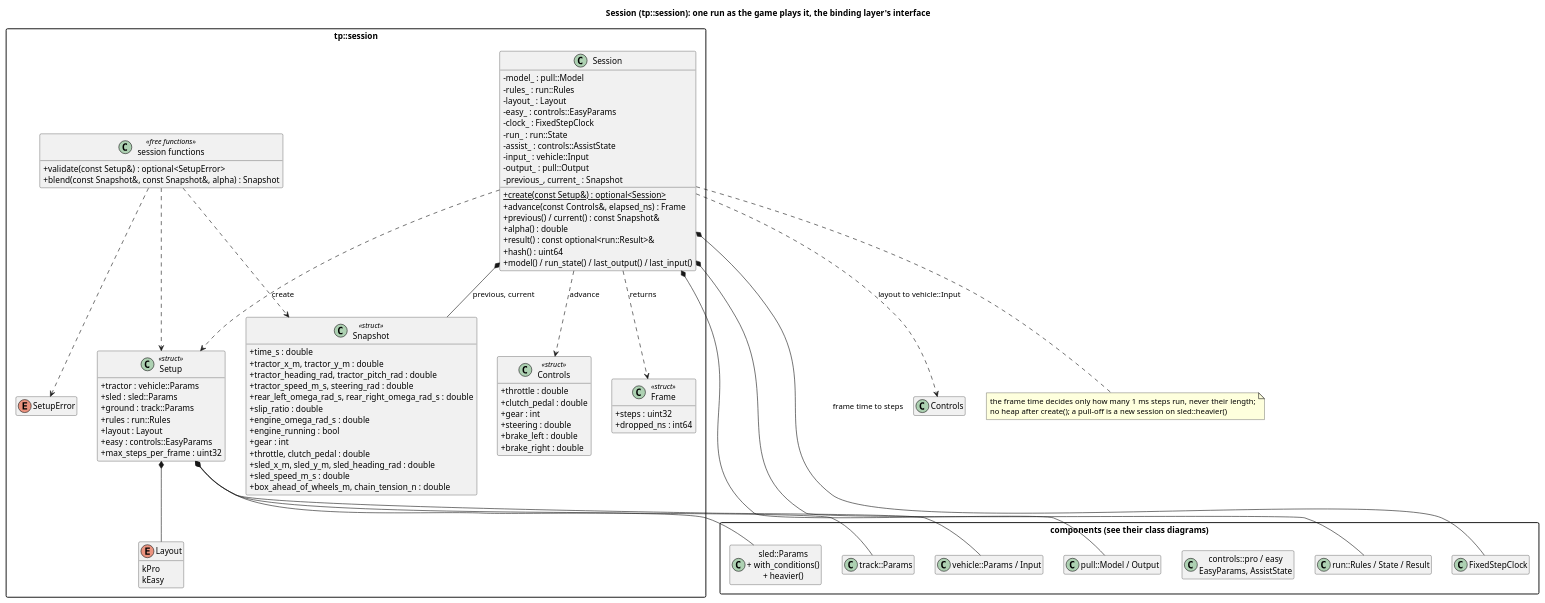
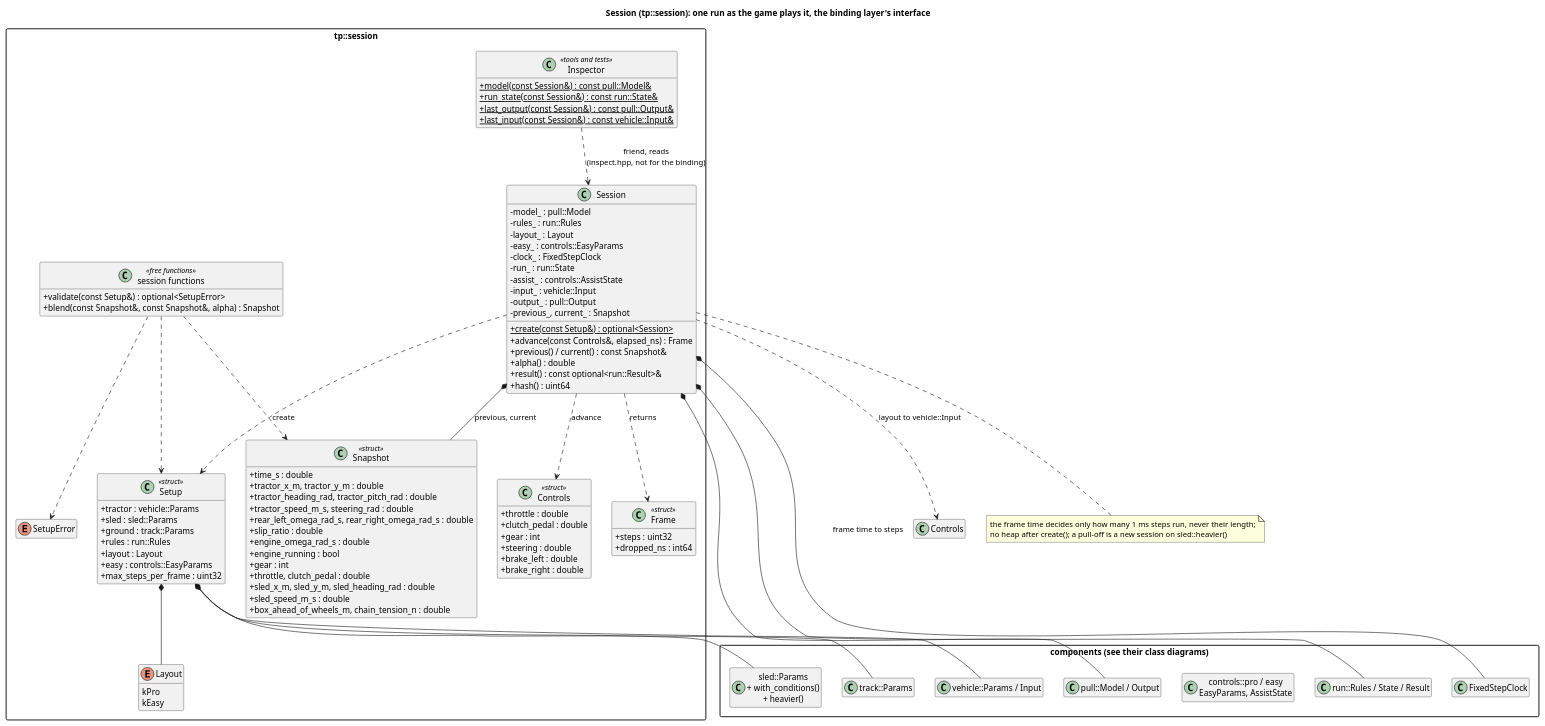
The diagram in docs/diagrams/session_classes.puml (wversteeg/TractorPulling), drawn with PlantUML before and after one commit. The commit also changed 8 other files, not shown here.

```diff
--- a/docs/diagrams/session_classes.puml
+++ b/docs/diagrams/session_classes.puml
@@ -1,102 +1,108 @@
 @startuml session_classes
 title Session (tp::session): one run as the game plays it, the binding layer's interface
 hide empty members
 skinparam packageStyle rectangle
 skinparam classAttributeIconSize 0
 
 package "components (see their class diagrams)" {
   class "pull::Model / Output" as Pull
   class "run::Rules / State / Result" as Run
   class "controls::pro / easy\nEasyParams, AssistState" as Controls
   class "FixedStepClock" as Clock
   class "vehicle::Params / Input" as Vehicle
   class "sled::Params\n+ with_conditions()\n+ heavier()" as Sled
   class "track::Params" as Track
 }
 
 package "tp::session" {
   enum Layout {
     kPro
     kEasy
   }
   class Setup <<struct>> {
     +tractor : vehicle::Params
     +sled : sled::Params
     +ground : track::Params
     +rules : run::Rules
     +layout : Layout
     +easy : controls::EasyParams
     +max_steps_per_frame : uint32
   }
   enum SetupError
   class Controls <<struct>> {
     +throttle : double
     +clutch_pedal : double
     +gear : int
     +steering : double
     +brake_left : double
     +brake_right : double
   }
   class Snapshot <<struct>> {
     +time_s : double
     +tractor_x_m, tractor_y_m : double
     +tractor_heading_rad, tractor_pitch_rad : double
     +tractor_speed_m_s, steering_rad : double
     +rear_left_omega_rad_s, rear_right_omega_rad_s : double
     +slip_ratio : double
     +engine_omega_rad_s : double
     +engine_running : bool
     +gear : int
     +throttle, clutch_pedal : double
     +sled_x_m, sled_y_m, sled_heading_rad : double
     +sled_speed_m_s : double
     +box_ahead_of_wheels_m, chain_tension_n : double
   }
   class Frame <<struct>> {
     +steps : uint32
     +dropped_ns : int64
   }
   class Session {
     -model_ : pull::Model
     -rules_ : run::Rules
     -layout_ : Layout
     -easy_ : controls::EasyParams
     -clock_ : FixedStepClock
     -run_ : run::State
     -assist_ : controls::AssistState
     -input_ : vehicle::Input
     -output_ : pull::Output
     -previous_, current_ : Snapshot
     +{static} create(const Setup&) : optional<Session>
     +advance(const Controls&, elapsed_ns) : Frame
     +previous() / current() : const Snapshot&
     +alpha() : double
     +result() : const optional<run::Result>&
     +hash() : uint64
-    +model() / run_state() / last_output() / last_input()
   }
+  class Inspector <<tools and tests>> {
+    +{static} model(const Session&) : const pull::Model&
+    +{static} run_state(const Session&) : const run::State&
+    +{static} last_output(const Session&) : const pull::Output&
+    +{static} last_input(const Session&) : const vehicle::Input&
+  }
+  Inspector ..> Session : friend, reads\n(inspect.hpp, not for the binding)
   class "session functions" as SessionFns <<free functions>> {
     +validate(const Setup&) : optional<SetupError>
     +blend(const Snapshot&, const Snapshot&, alpha) : Snapshot
   }
   Setup *-- Layout
   Session ..> Setup : create
   Session ..> Controls : advance
   Session ..> Frame : returns
   Session *-- Snapshot : previous, current
   SessionFns ..> Setup
   SessionFns ..> SetupError
   SessionFns ..> Snapshot
 }
 Setup *-- Vehicle
 Setup *-- Sled
 Setup *-- Track
 Session *-- Pull
 Session *-- Run
 Session *-- Clock : frame time to steps
 Session ..> Controls : layout to vehicle::Input
 note bottom of Session
   the frame time decides only how many 1 ms steps run, never their length;
   no heap after create(); a pull-off is a new session on sled::heavier()
 end note
 @enduml
```
